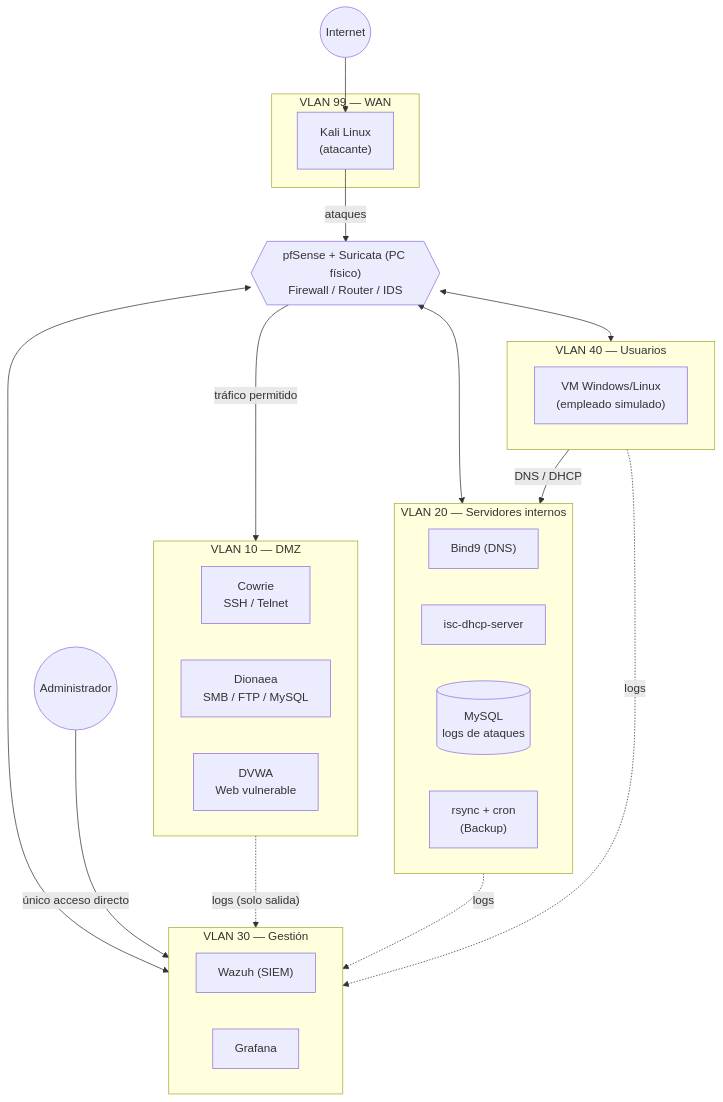
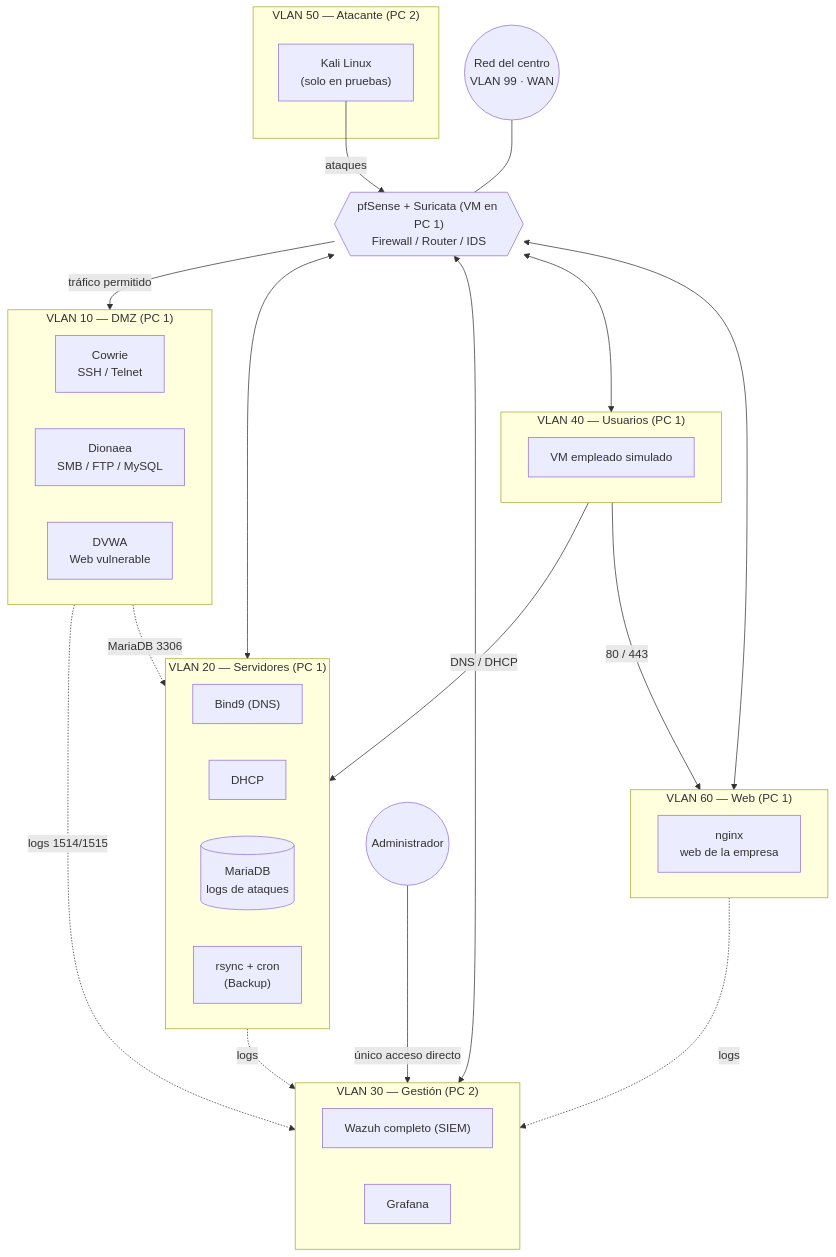
Before and after one commit to alexnaranjooo/APUNTES-ASIX: the diagram in docs/honeynet/introduccion-al-proyecto/diagrama-de-red.md, drawn with Mermaid. The commit also changed other lines of this file and 3 other files, not shown here.

Commit message:
GITBOOK-58: Arquitectura con dos Proxmox: infraestructura, diagrama, alcance y checklist

````diff
--- a/docs/honeynet/introduccion-al-proyecto/diagrama-de-red.md
+++ b/docs/honeynet/introduccion-al-proyecto/diagrama-de-red.md
@@ -11,48 +11,55 @@
 ```mermaid
 flowchart TB
-    INTERNET(("Internet"))
+    INTERNET(("Red del centro<br/>VLAN 99 · WAN"))
 
-    subgraph WAN["VLAN 99 — WAN"]
-        KALI["Kali Linux<br/>(atacante)"]
+    PF{{"pfSense + Suricata (VM en PC 1)<br/>Firewall / Router / IDS"}}
+
+    subgraph ATK["VLAN 50 — Atacante (PC 2)"]
+        KALI["Kali Linux<br/>(solo en pruebas)"]
     end
 
-    PF{{"pfSense + Suricata (PC físico)<br/>Firewall / Router / IDS"}}
-
-    subgraph DMZ["VLAN 10 — DMZ"]
+    subgraph DMZ["VLAN 10 — DMZ (PC 1)"]
         COWRIE["Cowrie<br/>SSH / Telnet"]
         DIONAEA["Dionaea<br/>SMB / FTP / MySQL"]
         DVWA["DVWA<br/>Web vulnerable"]
     end
 
-    subgraph SRV["VLAN 20 — Servidores internos"]
+    subgraph SRV["VLAN 20 — Servidores (PC 1)"]
         DNS["Bind9 (DNS)"]
-        DHCP["isc-dhcp-server"]
-        MYSQL[("MySQL<br/>logs de ataques")]
+        DHCP["DHCP"]
+        MYSQL[("MariaDB<br/>logs de ataques")]
         BACKUP["rsync + cron<br/>(Backup)"]
     end
 
-    subgraph MGMT["VLAN 30 — Gestión"]
-        WAZUH["Wazuh (SIEM)"]
+    subgraph MGMT["VLAN 30 — Gestión (PC 2)"]
+        WAZUH["Wazuh completo (SIEM)"]
         GRAFANA["Grafana"]
     end
 
-    subgraph USERS["VLAN 40 — Usuarios"]
-        CLIENT["VM Windows/Linux<br/>(empleado simulado)"]
+    subgraph USERS["VLAN 40 — Usuarios (PC 1)"]
+        CLIENT["VM empleado simulado"]
+    end
+
+    subgraph WEB["VLAN 60 — Web (PC 1)"]
+        NGINX["nginx<br/>web de la empresa"]
     end
 
     ADMIN(("Administrador"))
 
-    INTERNET --> KALI
+    INTERNET --- PF
     KALI -- "ataques" --> PF
     PF -- "tráfico permitido" --> DMZ
     PF <--> SRV
     PF <--> MGMT
     PF <--> USERS
+    PF <--> WEB
 
     USERS -- "DNS / DHCP" --> SRV
+    USERS -- "80 / 443" --> WEB
     ADMIN -- "único acceso directo" --> MGMT
 
-    DMZ -. "logs (solo salida)" .-> MGMT
+    DMZ -. "logs 1514/1515" .-> MGMT
+    DMZ -. "MariaDB 3306" .-> SRV
     SRV -. "logs" .-> MGMT
-    USERS -. "logs" .-> MGMT
+    WEB -. "logs" .-> MGMT
 ```
````
